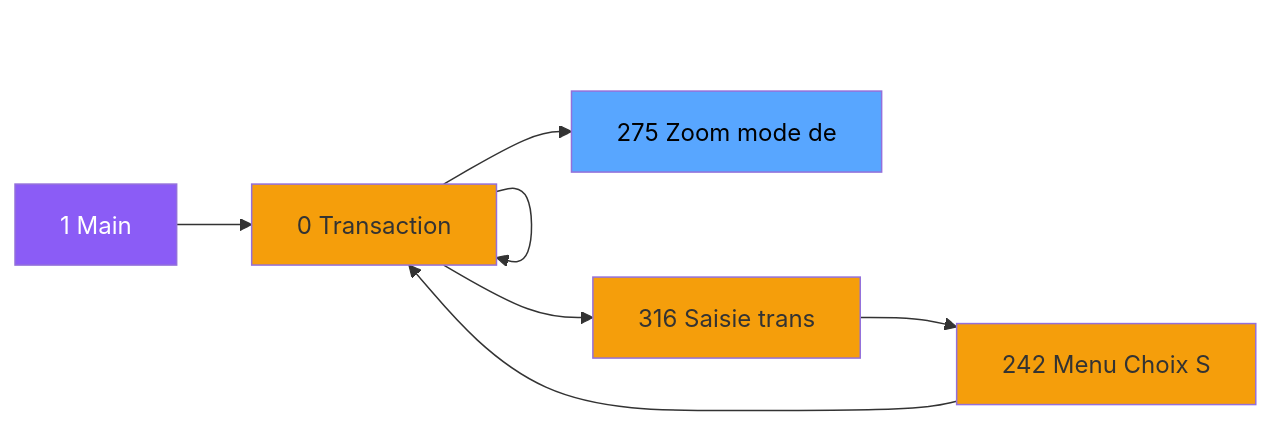
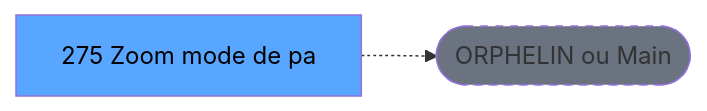
The second of 3 diagrams in .openspec/renders/ADH-IDE-275.md (thonyAGP/lecteur-magic), drawn with Mermaid before and after one commit. The commit also changed other lines of this file and 701 other files, not shown here.

````diff
--- a/.openspec/renders/ADH-IDE-275.md
+++ b/.openspec/renders/ADH-IDE-275.md
@@ -114,23 +118,8 @@
 ```mermaid
 graph LR
-    M[1 Main]
-    N0[0 Transaction ]
-    N0[0 Transaction ]
-    N316[316 Saisie trans]
-    N242[242 Menu Choix S]
-    N0[0 Transaction ]
-    T[275 Zoom mode de]
-    M --> N0
-    N0 --> N0
-    N0 --> N316
-    N316 --> N242
-    N242 --> N0
-    N0 --> T
-    style M fill:#8b5cf6,color:#fff
-    style N0 fill:#f59e0b
-    style N0 fill:#f59e0b
-    style N316 fill:#f59e0b
-    style N242 fill:#f59e0b
-    style N0 fill:#f59e0b
+    T[275 Zoom mode de pa]
+    ORPHAN([ORPHELIN ou Main])
+    T -.-> ORPHAN
     style T fill:#58a6ff,color:#000
+    style ORPHAN fill:#6b7280,stroke-dasharray: 5 5
 ```
````
